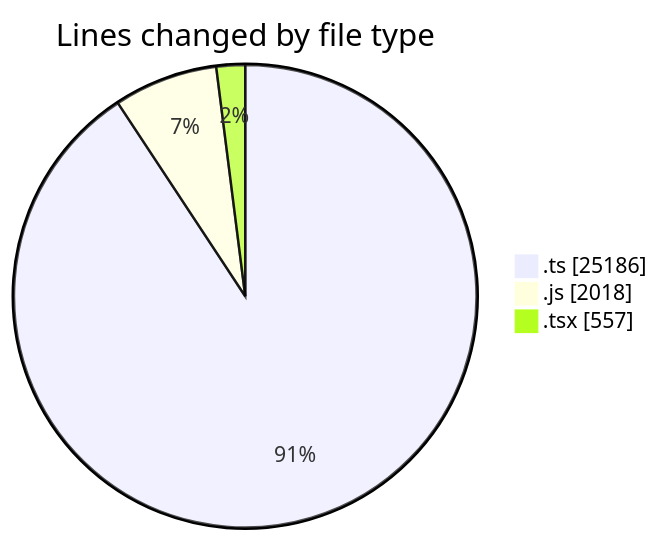
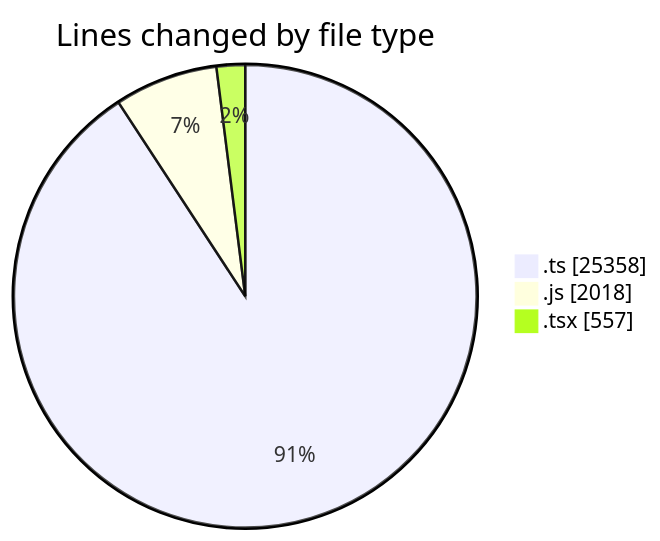
Before and after one commit to momahboobian/code-tracking: the first of 2 diagrams in 2025-06-20/cda/README.md, drawn with Mermaid. The commit also changed other lines of this file and 1 other file, not shown here.

````diff
--- a/2025-06-20/cda/README.md
+++ b/2025-06-20/cda/README.md
@@ -40,7 +40,7 @@
 ```mermaid
 pie showData
 title Lines changed by file type
-".ts" : 25186
+".ts" : 25358
 ".js" : 2018
 ".tsx" : 557
 ```
````
